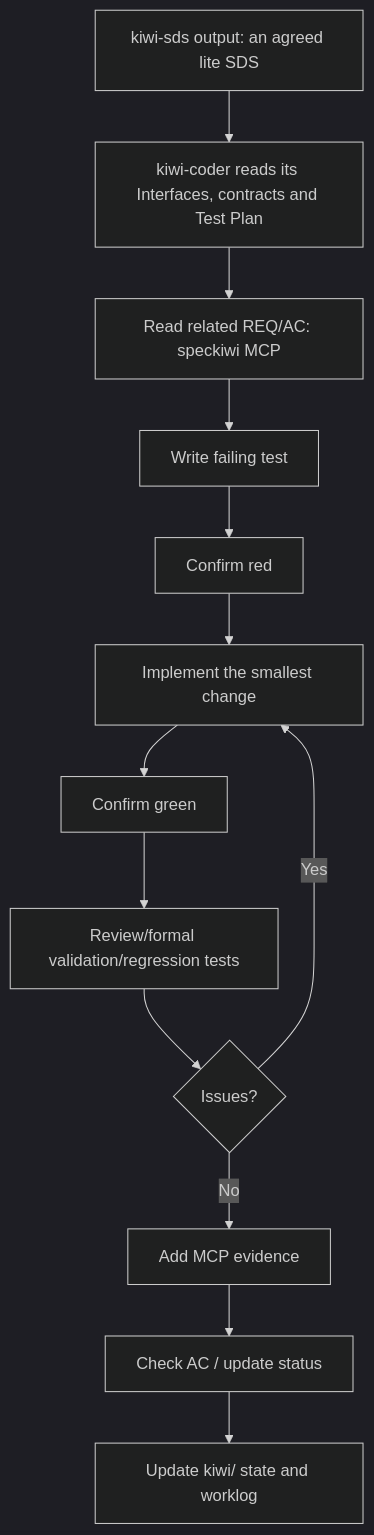
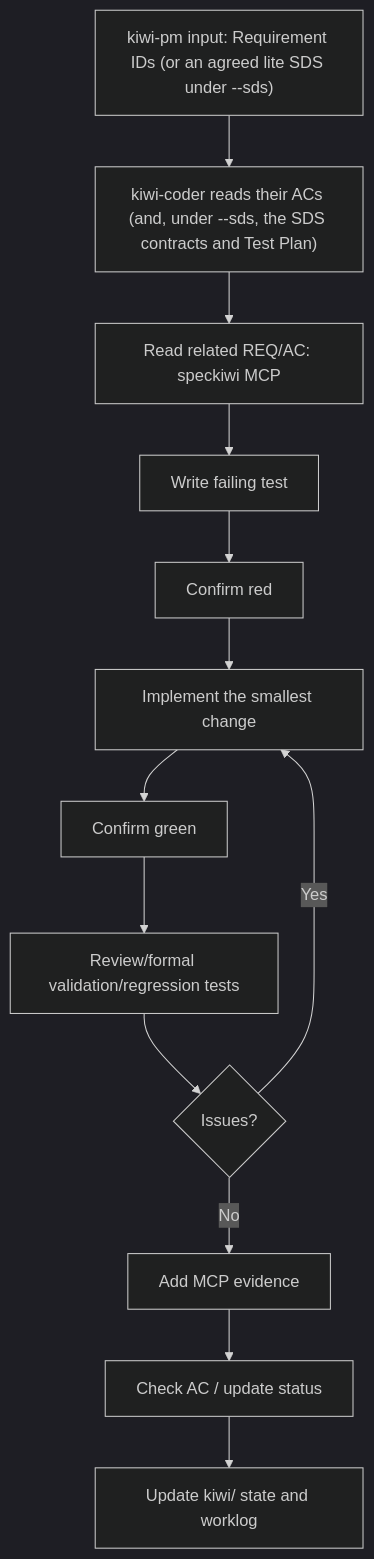
The second of 4 diagrams in README.md (Snoworca/speckiwi), drawn with Mermaid (dark theme) before and after one commit. The commit also changed other lines of this file and 288 other files, not shown here.

````diff
--- a/README.md
+++ b/README.md
@@ -460,15 +467,15 @@
 ```mermaid
 flowchart TD
-    A["kiwi-sds output: an agreed lite SDS"] --> B["kiwi-coder reads its Interfaces, contracts and Test Plan"]
+    A["kiwi-pm input: Requirement IDs (or an agreed lite SDS under --sds)"] --> B["kiwi-coder reads their ACs (and, under --sds, the SDS contracts and Test Plan)"]
     B --> C["Read related REQ/AC: speckiwi MCP"]
     C --> D["Write failing test"]
     D --> E["Confirm red"]
     E --> F["Implement the smallest change"]
     F --> G["Confirm green"]
     G --> H["Review/formal validation/regression tests"]
     H --> I{"Issues?"}
     I -->|Yes| F
     I -->|No| J["Add MCP evidence"]
     J --> K["Check AC / update status"]
     K --> L["Update kiwi/ state and worklog"]
 ```
````
